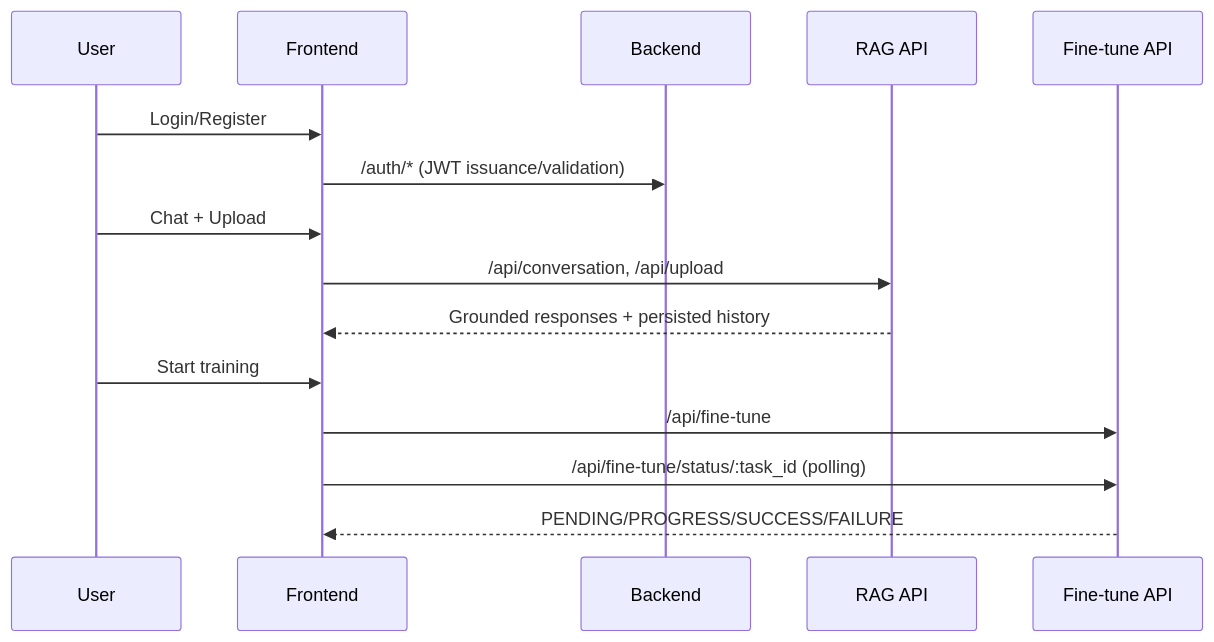
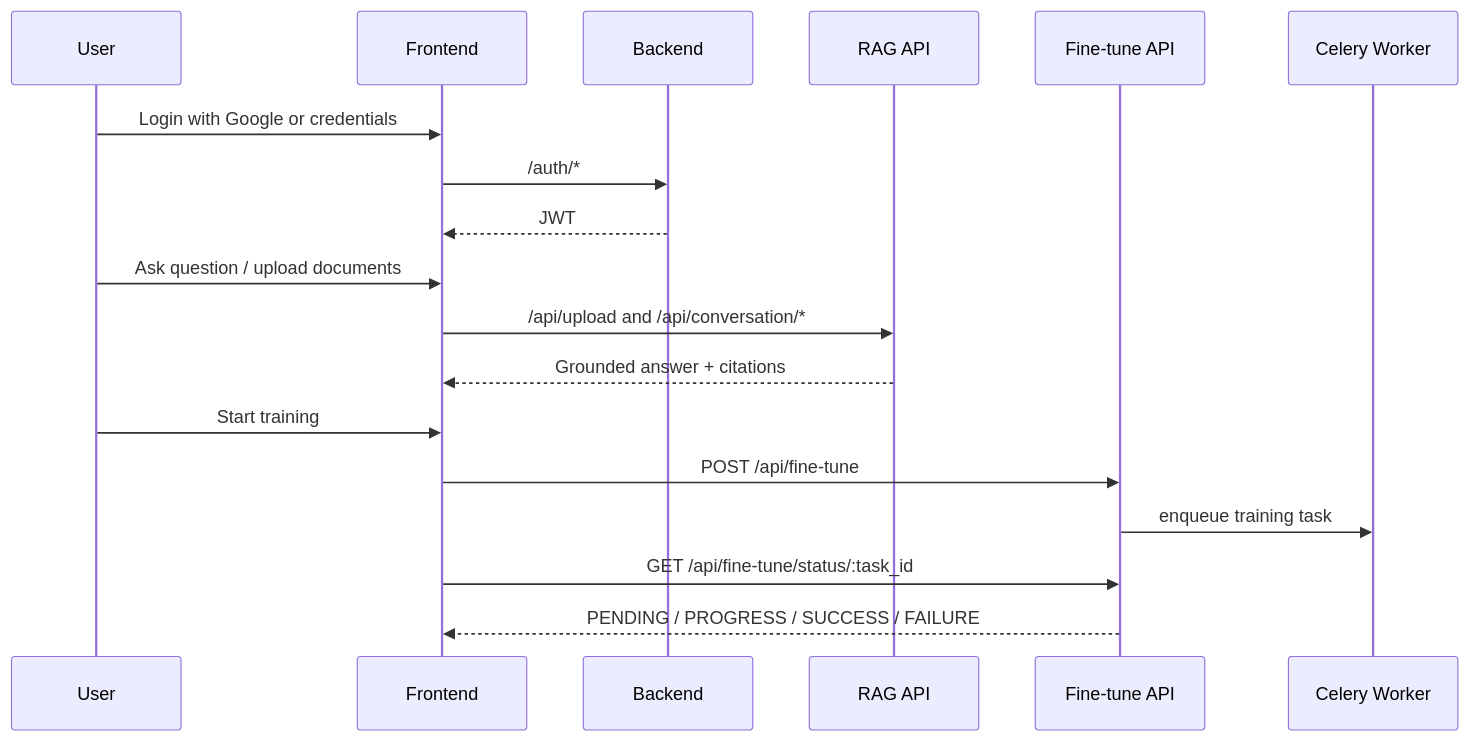
One commit to haseebraza715/EngageMind changed the second of 2 diagrams in ARCHITECTURE.md. Above: the diagram before and after it, drawn with Mermaid. The commit also changed other lines of this file and 3 other files, not shown here.

Commit message:
docs: expand runbooks and architecture guides

````diff
--- a/ARCHITECTURE.md
+++ b/ARCHITECTURE.md
@@ -29,18 +33,23 @@
 ```mermaid
 sequenceDiagram
   participant U as User
   participant FE as Frontend
   participant BE as Backend
   participant R as RAG API
   participant F as Fine-tune API
+  participant C as Celery Worker
 
-  U->>FE: Login/Register
-  FE->>BE: /auth/* (JWT issuance/validation)
-  U->>FE: Chat + Upload
-  FE->>R: /api/conversation, /api/upload
-  R-->>FE: Grounded responses + persisted history
+  U->>FE: Login with Google or credentials
+  FE->>BE: /auth/*
+  BE-->>FE: JWT
+
+  U->>FE: Ask question / upload documents
+  FE->>R: /api/upload and /api/conversation/*
+  R-->>FE: Grounded answer + citations
+
   U->>FE: Start training
-  FE->>F: /api/fine-tune
-  FE->>F: /api/fine-tune/status/:task_id (polling)
-  F-->>FE: PENDING/PROGRESS/SUCCESS/FAILURE
+  FE->>F: POST /api/fine-tune
+  F->>C: enqueue training task
+  FE->>F: GET /api/fine-tune/status/:task_id
+  F-->>FE: PENDING / PROGRESS / SUCCESS / FAILURE
 ```
````
